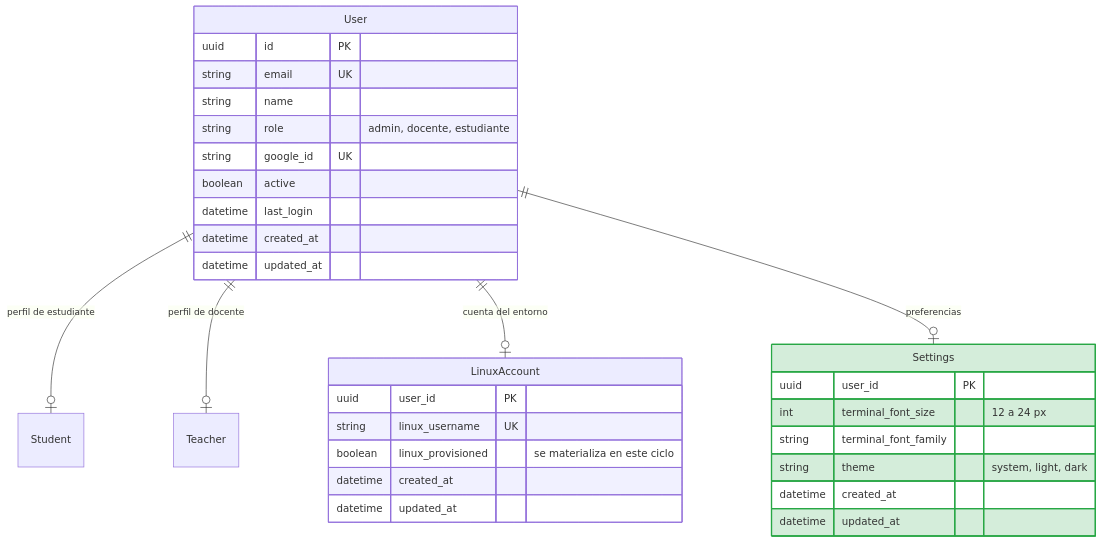
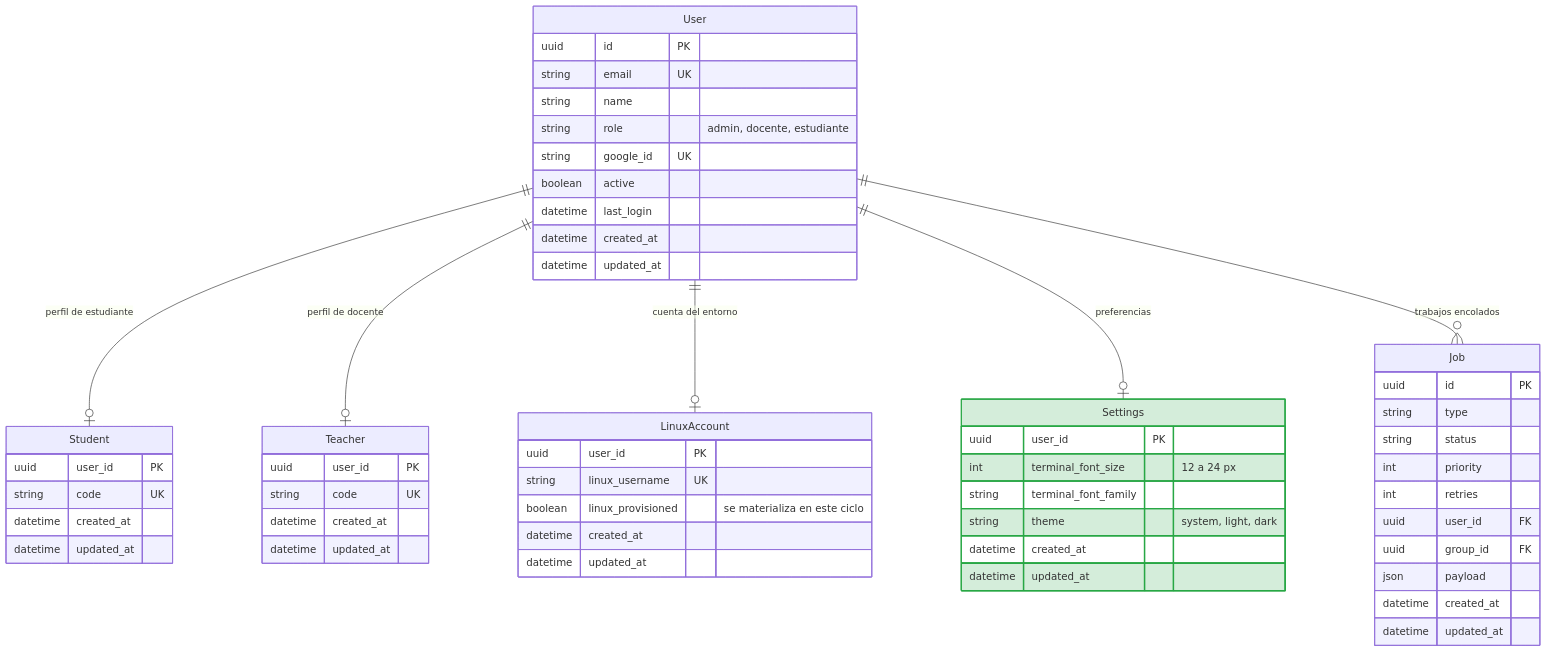
One commit to LinuxLab-UFPS/LinuxLab changed the diagram in docs/SRS-iteracion-2.md. Above: the diagram before and after it, drawn with Mermaid. The commit also changed other lines of this file and 7 other files, not shown here.

````diff
--- a/docs/SRS-iteracion-2.md
+++ b/docs/SRS-iteracion-2.md
@@ -40,37 +38,62 @@
 ```mermaid
 erDiagram
     User ||--o| Student : "perfil de estudiante"
     User ||--o| Teacher : "perfil de docente"
     User ||--o| LinuxAccount : "cuenta del entorno"
     User ||--o| Settings : "preferencias"
+    User ||--o{ Job : "trabajos encolados"
 
     User {
         uuid id PK
         string email UK
         string name
         string role "admin, docente, estudiante"
         string google_id UK
         boolean active
         datetime last_login
+        datetime created_at
+        datetime updated_at
+    }
+    Student {
+        uuid user_id PK
+        string code UK
+        datetime created_at
+        datetime updated_at
+    }
+    Teacher {
+        uuid user_id PK
+        string code UK
         datetime created_at
         datetime updated_at
     }
     LinuxAccount {
         uuid user_id PK
         string linux_username UK
         boolean linux_provisioned "se materializa en este ciclo"
         datetime created_at
         datetime updated_at
     }
     Settings {
         uuid user_id PK
         int terminal_font_size "12 a 24 px"
         string terminal_font_family
         string theme "system, light, dark"
         datetime created_at
         datetime updated_at
     }
+    Job {
+        uuid id PK
+        string type
+        string status
+        int priority
+        int retries
+        uuid user_id FK
+        uuid group_id FK
+        json payload
+        datetime created_at
+        datetime updated_at
+    }
 
     classDef nueva fill:#d4edda,stroke:#28a745,stroke-width:2px
     class Settings nueva
 ```
````
